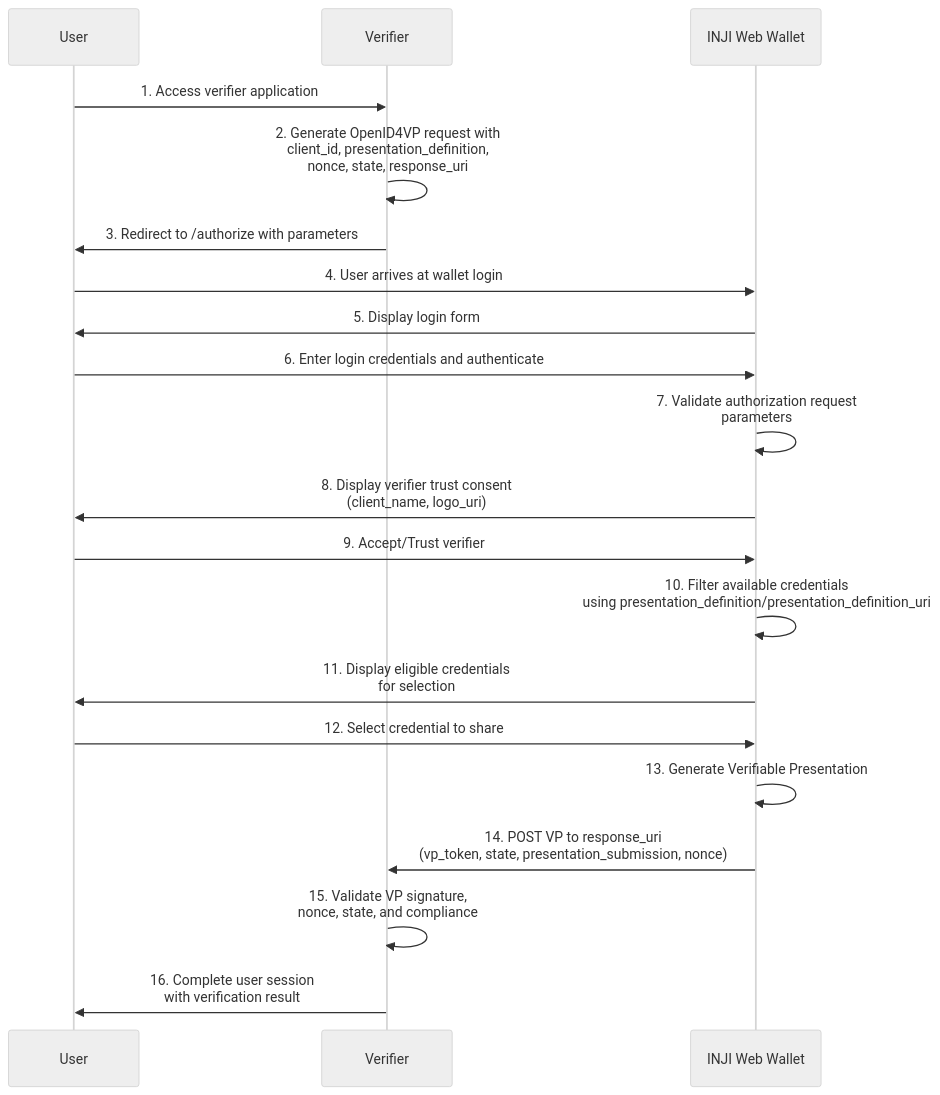
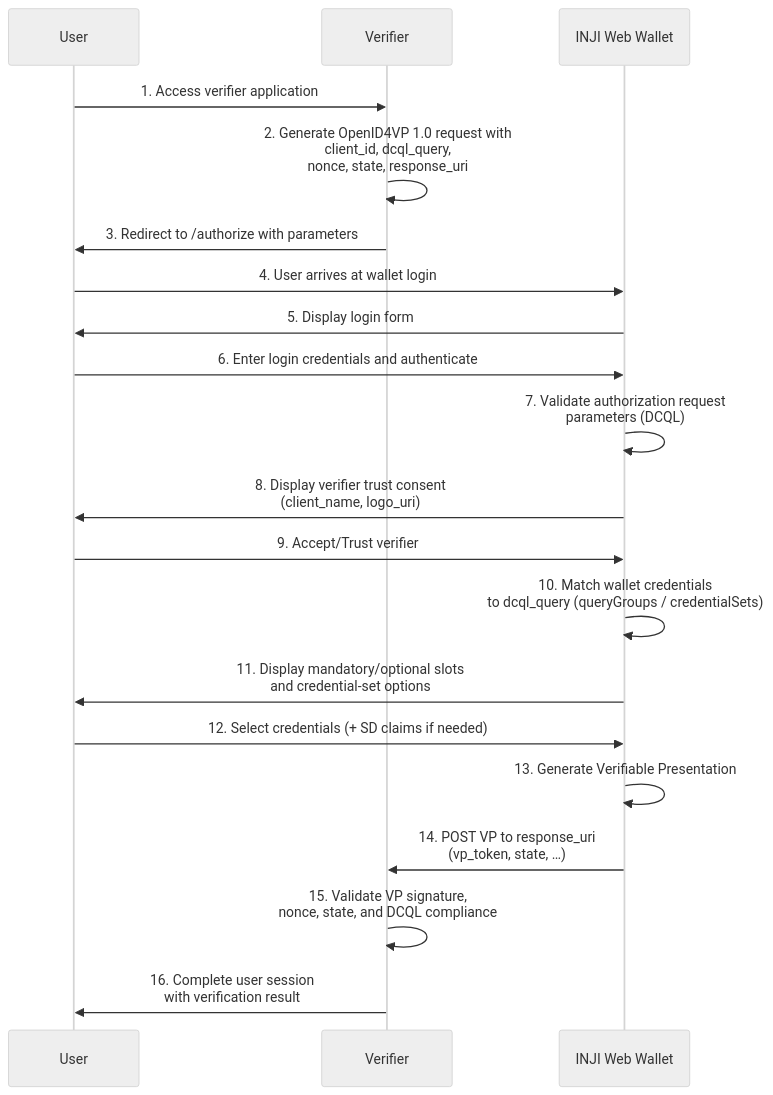
The first of 3 diagrams in docs/OpenID4VPIntegrationGuide.md (MadhuMosip/inji-web), drawn with Mermaid (neutral theme) before and after one commit. The commit also changed other lines of this file and 33 other files, not shown here.

Commit message:
fix(ovp): improve DCQL presentation UX, SD-JWT handling, and integration docs

````diff
--- a/docs/OpenID4VPIntegrationGuide.md
+++ b/docs/OpenID4VPIntegrationGuide.md
@@ -26,23 +30,23 @@
 ```mermaid
   sequenceDiagram
       participant User
       participant Verifier
       participant InjiWebWallet as INJI Web Wallet
-      
+
       User->>Verifier: 1. Access verifier application
-      Verifier->>Verifier: 2. Generate OpenID4VP request with<br/>client_id, presentation_definition,<br/>nonce, state, response_uri
+      Verifier->>Verifier: 2. Generate OpenID4VP 1.0 request with<br/>client_id, dcql_query,<br/>nonce, state, response_uri
       Verifier->>User: 3. Redirect to /authorize with parameters
       User->>InjiWebWallet: 4. User arrives at wallet login
       InjiWebWallet->>User: 5. Display login form
       User->>InjiWebWallet: 6. Enter login credentials and authenticate
-      InjiWebWallet->>InjiWebWallet: 7. Validate authorization request<br/>parameters
+      InjiWebWallet->>InjiWebWallet: 7. Validate authorization request<br/>parameters (DCQL)
       InjiWebWallet->>User: 8. Display verifier trust consent<br/>(client_name, logo_uri)
       User->>InjiWebWallet: 9. Accept/Trust verifier
-      InjiWebWallet->>InjiWebWallet: 10. Filter available credentials<br/>using presentation_definition/presentation_definition_uri
-      InjiWebWallet->>User: 11. Display eligible credentials<br/>for selection
-      User->>InjiWebWallet: 12. Select credential to share
+      InjiWebWallet->>InjiWebWallet: 10. Match wallet credentials<br/>to dcql_query (queryGroups / credentialSets)
+      InjiWebWallet->>User: 11. Display mandatory/optional slots<br/>and credential-set options
+      User->>InjiWebWallet: 12. Select credentials (+ SD claims if needed)
       InjiWebWallet->>InjiWebWallet: 13. Generate Verifiable Presentation
-      InjiWebWallet->>Verifier: 14. POST VP to response_uri<br/>(vp_token, state, presentation_submission, nonce)
-      Verifier->>Verifier: 15. Validate VP signature,<br/>nonce, state, and compliance
+      InjiWebWallet->>Verifier: 14. POST VP to response_uri<br/>(vp_token, state, …)
+      Verifier->>Verifier: 15. Validate VP signature,<br/>nonce, state, and DCQL compliance
       Verifier->>User: 16. Complete user session<br/>with verification result
 ```
````
